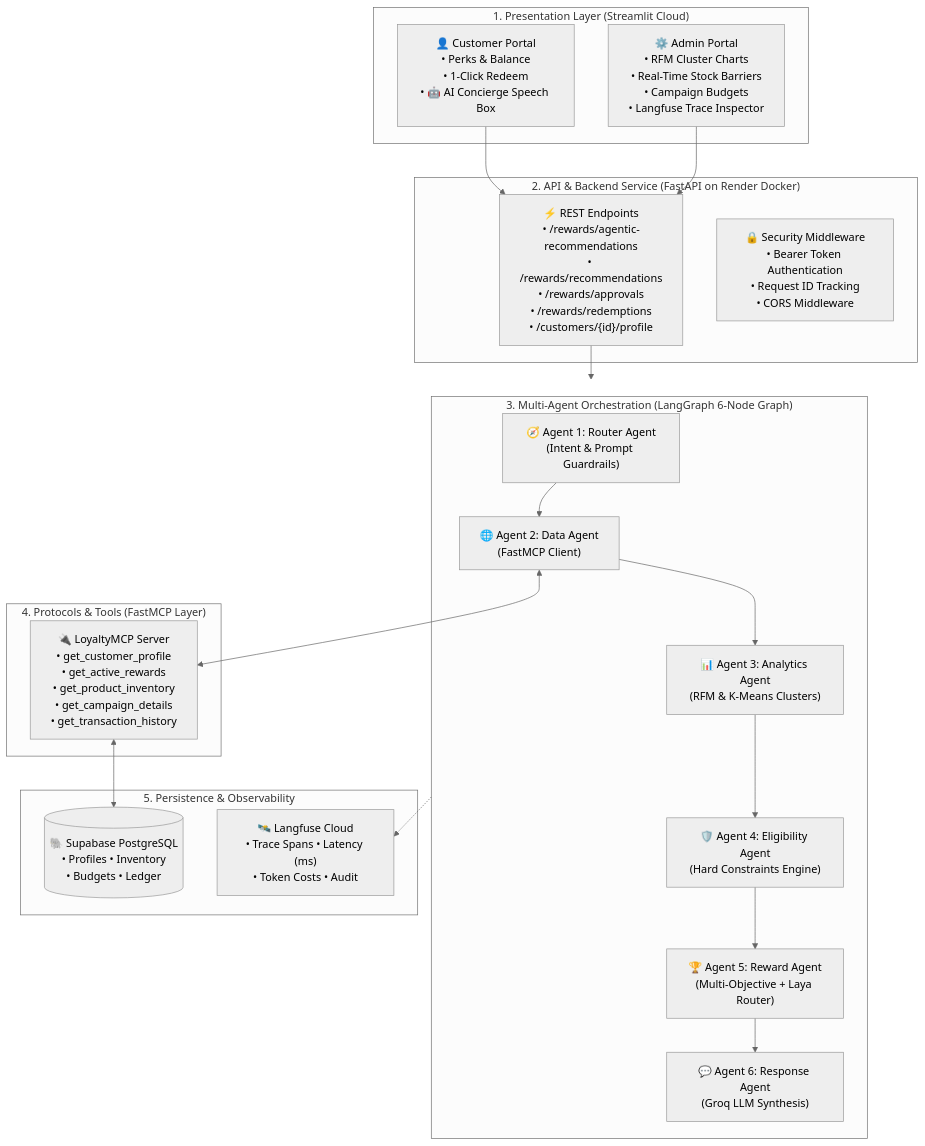
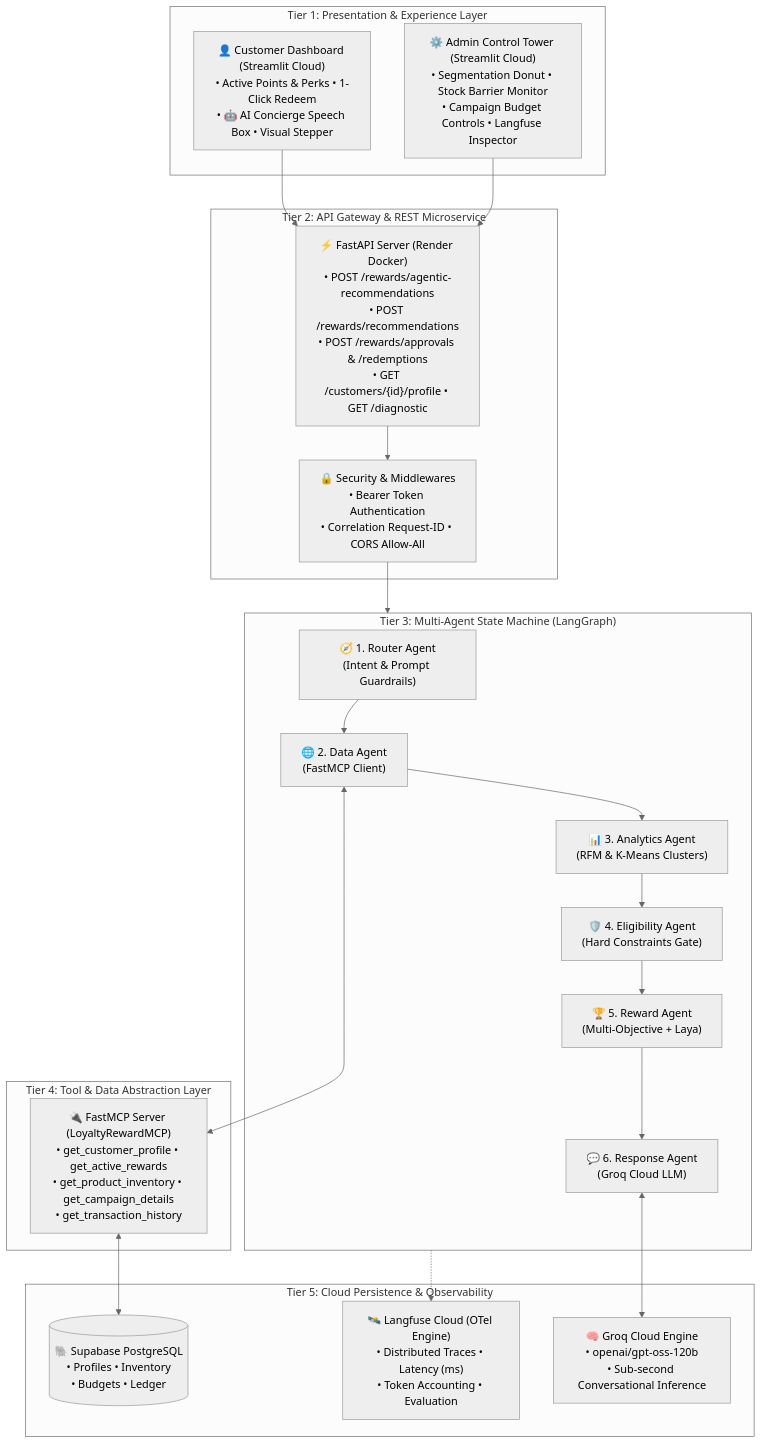
The first of 3 diagrams in docs/PROJECT_DOCUMENTATION.md (kapil-0455/loyality_reward-), drawn with Mermaid (neutral theme) before and after one commit. The commit also changed other lines of this file, not shown here.

````diff
--- a/docs/PROJECT_DOCUMENTATION.md
+++ b/docs/PROJECT_DOCUMENTATION.md
@@ -29,38 +72,40 @@
 ```mermaid
-graph TD
-    subgraph UI_Layer ["1. Presentation Layer (Streamlit Cloud)"]
-        UI_Cust["👤 Customer Portal\n• Perks & Balance\n• 1-Click Redeem\n• 🤖 AI Concierge Speech Box"]
-        UI_Admin["⚙️ Admin Portal\n• RFM Cluster Charts\n• Real-Time Stock Barriers\n• Campaign Budgets\n• Langfuse Trace Inspector"]
+flowchart TD
+    subgraph Tier1 ["Tier 1: Presentation & Experience Layer"]
+        CUST_UI["👤 Customer Dashboard (Streamlit Cloud)\n• Active Points & Perks • 1-Click Redeem\n• 🤖 AI Concierge Speech Box • Visual Stepper"]
+        ADMIN_UI["⚙️ Admin Control Tower (Streamlit Cloud)\n• Segmentation Donut • Stock Barrier Monitor\n• Campaign Budget Controls • Langfuse Inspector"]
     end
 
-    subgraph API_Layer ["2. API & Backend Service (FastAPI on Render Docker)"]
-        API_Route["⚡ REST Endpoints\n• /rewards/agentic-recommendations\n• /rewards/recommendations\n• /rewards/approvals\n• /rewards/redemptions\n• /customers/{id}/profile"]
-        API_Sec["🔒 Security Middleware\n• Bearer Token Authentication\n• Request ID Tracking\n• CORS Middleware"]
+    subgraph Tier2 ["Tier 2: API Gateway & REST Microservice"]
+        FASTAPI["⚡ FastAPI Server (Render Docker)\n• POST /rewards/agentic-recommendations\n• POST /rewards/recommendations\n• POST /rewards/approvals & /redemptions\n• GET /customers/{id}/profile • GET /diagnostic"]
+        CORS["🔒 Security & Middlewares\n• Bearer Token Authentication\n• Correlation Request-ID • CORS Allow-All"]
     end
 
-    subgraph Agentic_Layer ["3. Multi-Agent Orchestration (LangGraph 6-Node Graph)"]
-        A1["🧭 Agent 1: Router Agent\n(Intent & Prompt Guardrails)"]
-        A2["🌐 Agent 2: Data Agent\n(FastMCP Client)"]
-        A3["📊 Agent 3: Analytics Agent\n(RFM & K-Means Clusters)"]
-        A4["🛡️ Agent 4: Eligibility Agent\n(Hard Constraints Engine)"]
-        A5["🏆 Agent 5: Reward Agent\n(Multi-Objective + Laya Router)"]
-        A6["💬 Agent 6: Response Agent\n(Groq LLM Synthesis)"]
+    subgraph Tier3 ["Tier 3: Multi-Agent State Machine (LangGraph)"]
+        ROUTER["🧭 1. Router Agent\n(Intent & Prompt Guardrails)"]
+        DATA_AG["🌐 2. Data Agent\n(FastMCP Client)"]
+        ANALYTICS["📊 3. Analytics Agent\n(RFM & K-Means Clusters)"]
+        ELIGIBILITY["🛡️ 4. Eligibility Agent\n(Hard Constraints Gate)"]
+        REWARD_AG["🏆 5. Reward Agent\n(Multi-Objective + Laya)"]
+        RESPONSE_AG["💬 6. Response Agent\n(Groq Cloud LLM)"]
 
-        A1 --> A2 --> A3 --> A4 --> A5 --> A6
+        ROUTER --> DATA_AG --> ANALYTICS --> ELIGIBILITY --> REWARD_AG --> RESPONSE_AG
     end
 
-    subgraph Protocol_Layer ["4. Protocols & Tools (FastMCP Layer)"]
-        MCP["🔌 LoyaltyMCP Server\n• get_customer_profile\n• get_active_rewards\n• get_product_inventory\n• get_campaign_details\n• get_transaction_history"]
+    subgraph Tier4 ["Tier 4: Tool & Data Abstraction Layer"]
+        MCP_SERVER["🔌 FastMCP Server (LoyaltyRewardMCP)\n• get_customer_profile • get_active_rewards\n• get_product_inventory • get_campaign_details\n• get_transaction_history"]
     end
 
-    subgraph Data_Layer ["5. Persistence & Observability"]
-        DB[(🐘 Supabase PostgreSQL\n• Profiles • Inventory\n• Budgets • Ledger)]
-        LF["🛰️ Langfuse Cloud\n• Trace Spans • Latency (ms)\n• Token Costs • Audit"]
+    subgraph Tier5 ["Tier 5: Cloud Persistence & Observability"]
+        PG[(🐘 Supabase PostgreSQL\n• Profiles • Inventory\n• Budgets • Ledger)]
+        LF["🛰️ Langfuse Cloud (OTel Engine)\n• Distributed Traces • Latency (ms)\n• Token Accounting • Evaluation"]
+        GROQ["🧠 Groq Cloud Engine\n• openai/gpt-oss-120b\n• Sub-second Conversational Inference"]
     end
 
-    UI_Cust & UI_Admin --> API_Route
-    API_Route --> Agentic_Layer
-    A2 <--> MCP
-    MCP <--> DB
-    Agentic_Layer -.-> LF
+    CUST_UI & ADMIN_UI --> FASTAPI
+    FASTAPI --> CORS --> Tier3
+    DATA_AG <--> MCP_SERVER
+    MCP_SERVER <--> PG
+    RESPONSE_AG <--> GROQ
+    Tier3 -.-> LF
 ```
````
